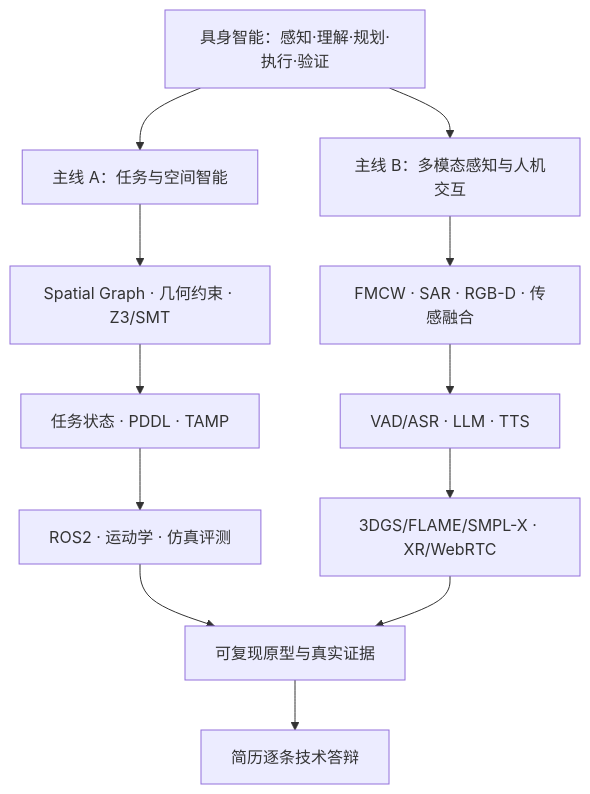
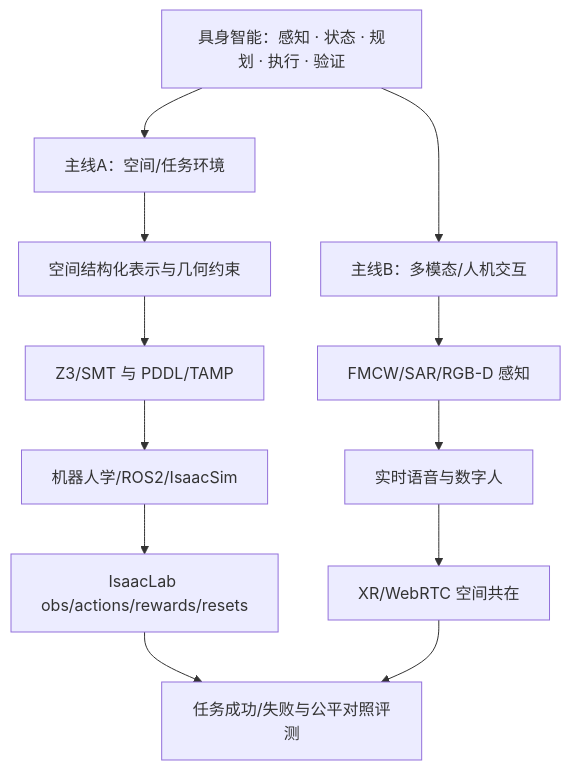
One commit to lucinwen/14plan changed the diagram in README.md. Above: the diagram before and after it, drawn with Mermaid. The commit also changed other lines of this file and 27 other files, not shown here.

````diff
--- a/README.md
+++ b/README.md
@@ -11,14 +17,14 @@
 ```mermaid
 flowchart TD
-    A[具身智能：感知·理解·规划·执行·验证] --> B[主线 A：任务与空间智能]
-    A --> C[主线 B：多模态感知与人机交互]
-    B --> D[Spatial Graph · 几何约束 · Z3/SMT]
-    D --> E[任务状态 · PDDL · TAMP]
-    E --> F[ROS2 · 运动学 · 仿真评测]
-    C --> G[FMCW · SAR · RGB-D · 传感融合]
-    G --> H[VAD/ASR · LLM · TTS]
-    H --> I[3DGS/FLAME/SMPL-X · XR/WebRTC]
-    F --> J[可复现原型与真实证据]
-    I --> J
-    J --> K[简历逐条技术答辩]
+    A[具身智能：感知 · 状态 · 规划 · 执行 · 验证] --> B[主线A：空间/任务环境]
+    A --> C[主线B：多模态/人机交互]
+    B --> D[空间结构化表示与几何约束]
+    D --> E[Z3/SMT 与 PDDL/TAMP]
+    E --> F[机器人学/ROS2/IsaacSim]
+    F --> G[IsaacLab obs/actions/rewards/resets]
+    G --> H[任务成功/失败与公平对照评测]
+    C --> I[FMCW/SAR/RGB-D 感知]
+    I --> J[实时语音与数字人]
+    J --> K[XR/WebRTC 空间共在]
+    K --> H
 ```
````
